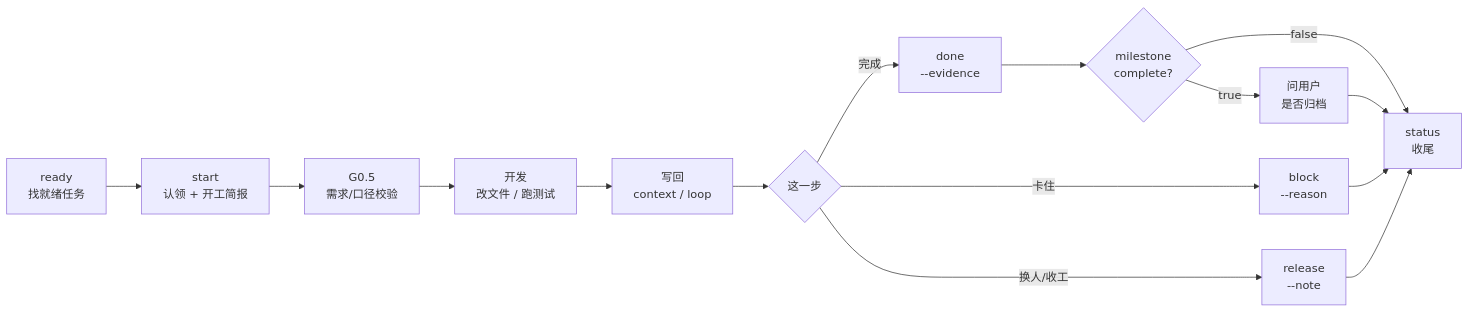
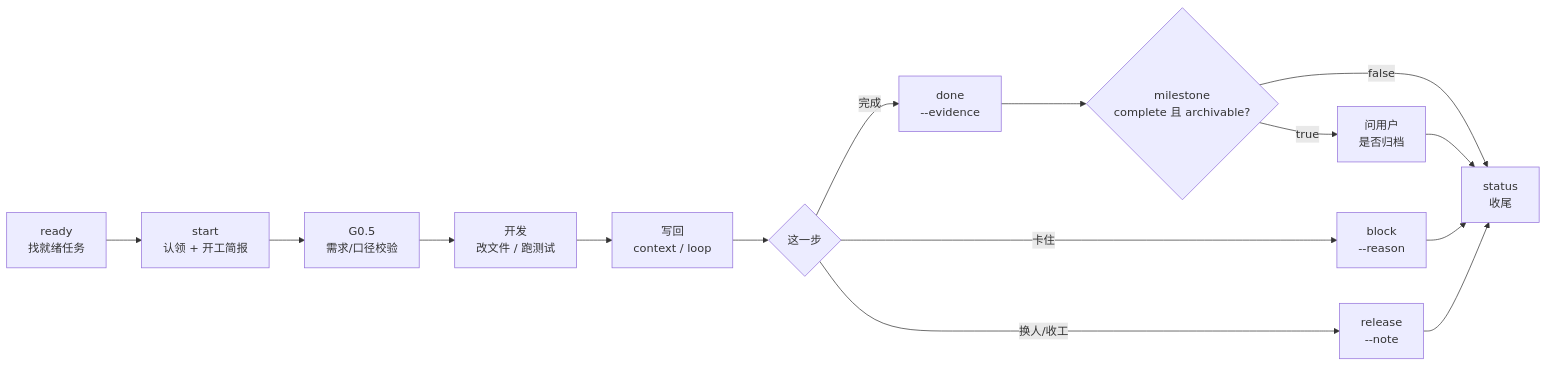
The diagram in README.md (OptimisticGeek/dsh-project-todo), drawn with Mermaid before and after one commit. The commit also changed other lines of this file and 14 other files, not shown here.

````diff
--- a/README.md
+++ b/README.md
@@ -59,17 +59,17 @@
 ```mermaid
 flowchart LR
   R["ready<br/>找就绪任务"] --> S["start<br/>认领 + 开工简报"]
   S --> V["G0.5<br/>需求/口径校验"]
   V --> D["开发<br/>改文件 / 跑测试"]
   D --> W["写回<br/>context / loop"]
   W --> X{"这一步"}
   X -->|完成| DN["done<br/>--evidence"]
   X -->|卡住| BL["block<br/>--reason"]
   X -->|换人/收工| RL["release<br/>--note"]
-  DN --> M{"milestone<br/>complete?"}
+  DN --> M{"milestone<br/>complete 且 archivable?"}
   M -->|true| ASK["问用户<br/>是否归档"]
   M -->|false| ST["status<br/>收尾"]
   ASK --> ST
   BL --> ST
   RL --> ST
 ```
````
